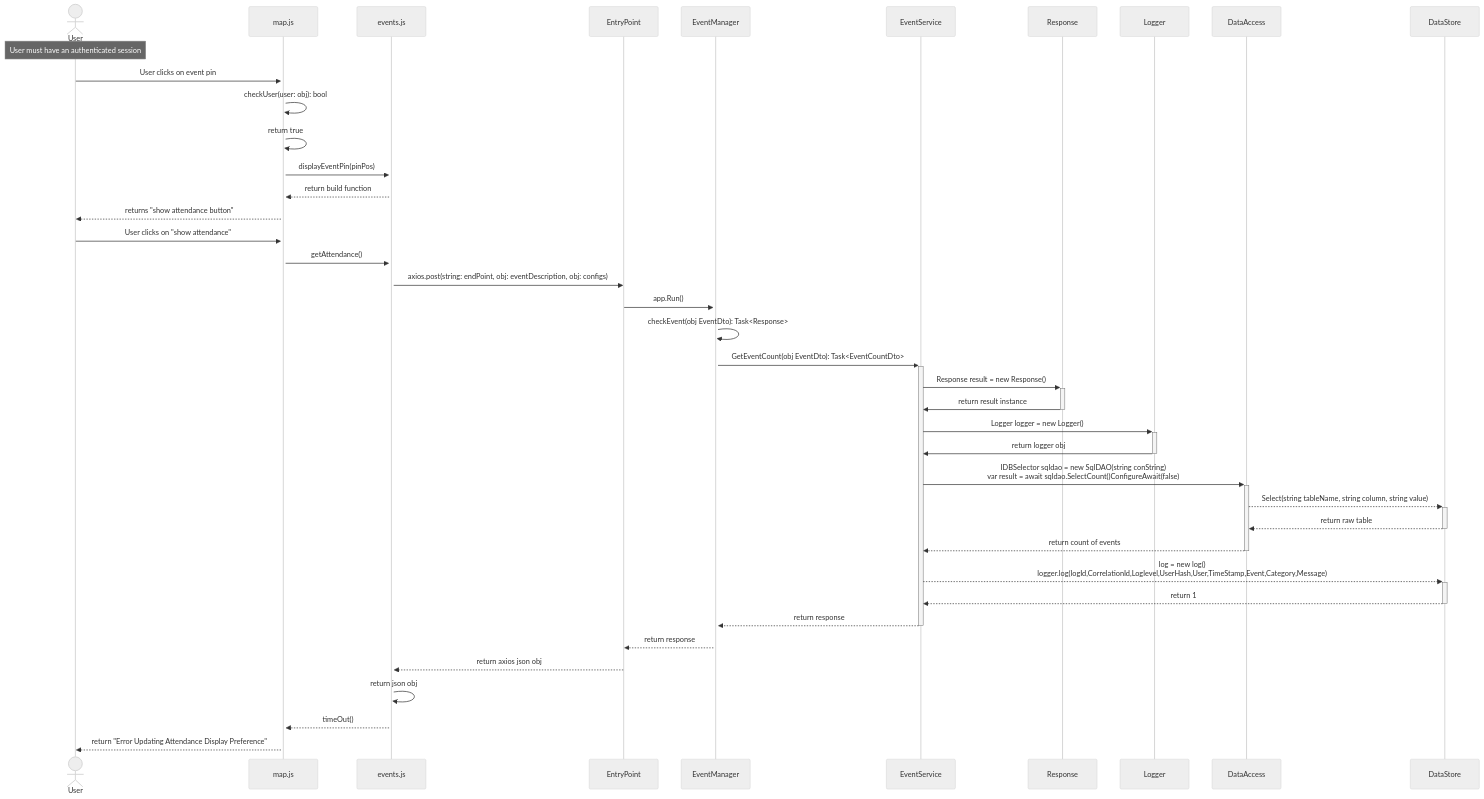
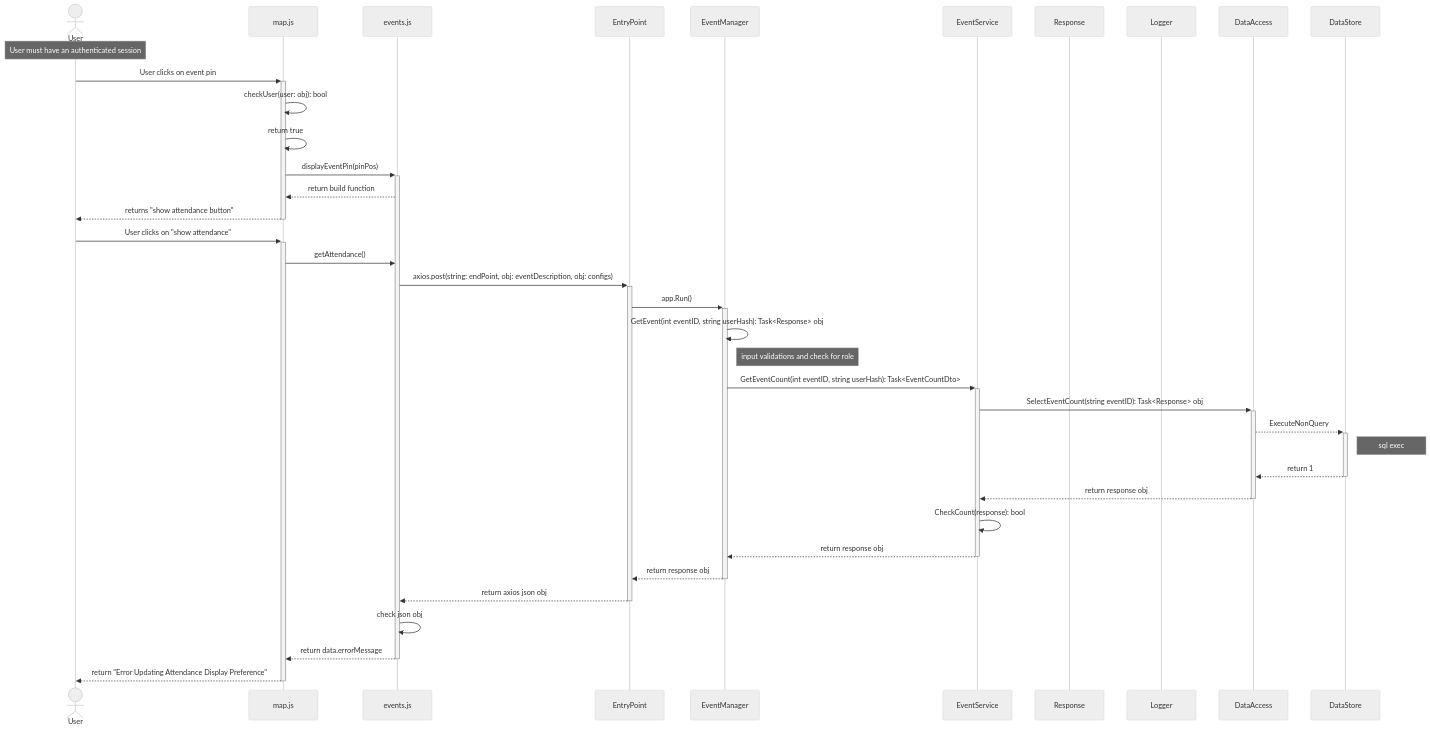
Before and after one commit to JosephArmas/cecs-491A-Team-Big-Data: the diagram in events/failures/event-display-attendance-fail.md, drawn with Mermaid (neutral theme). The commit also changed other lines of this file and 10 other files, not shown here.

````diff
--- a/events/failures/event-display-attendance-fail.md
+++ b/events/failures/event-display-attendance-fail.md
@@ -2,44 +2,41 @@
 ```mermaid
 sequenceDiagram
     actor User
     participant map.js
     participant events.js
     participant EntryPoint
     participant EventManager
     participant EventService
     participant Response
     participant Logger
     participant DataAccess
     participant DataStore
     note over User: User must have an authenticated session
     User->>+map.js: User clicks on event pin
     map.js->>map.js: checkUser(user: obj): bool
     map.js->>map.js: return true
     map.js->>+events.js: displayEventPin(pinPos)
     events.js-->>map.js: return build function  
-    map.js-->>User: returns "show attendance button"
-    User->>map.js: User clicks on "show attendance"
+    map.js-->>-User: returns "show attendance button"
+    User->>+map.js: User clicks on "show attendance"
     map.js->>events.js: getAttendance()
-    events.js->>EntryPoint: axios.post(string: endPoint, obj: eventDescription, obj: configs)
+    events.js->>+EntryPoint: axios.post(string: endPoint, obj: eventDescription, obj: configs)
     EntryPoint->>+EventManager: app.Run()
-    EventManager->>EventManager: checkEvent(obj EventDto): Task<Response> 
-    EventManager->>+EventService: GetEventCount(obj EventDto): Task<EventCountDto>
-    EventService->>+Response: Response result = new Response()
-    Response->>-EventService: return result instance
-    EventService->>+Logger: Logger logger = new Logger()
-    Logger->>-EventService: return logger obj
-    EventService->>+DataAccess: IDBSelector sqldao = new SqlDAO(string conString)<br>var result = await sqldao.SelectCount()ConfigureAwait(false)
-    DataAccess-->>+DataStore: Select(string tableName, string column, string value)
-    DataStore-->>-DataAccess: return raw table
-    DataAccess-->>-EventService: return count of events
-    EventService-->>+DataStore: log = new log()<br> logger.log(logId,CorrelationId,Loglevel,UserHash,User,TimeStamp,Event,Category,Message)
-    DataStore-->>-EventService: return 1
-    EventService-->>-EventManager: return response
-    EventManager-->>EntryPoint: return response
-    EntryPoint-->>events.js: return axios json obj
-    events.js->>events.js: return json obj
-    events.js-->>map.js: timeOut() 
-    map.js-->>User: return "Error Updating Attendance Display Preference"
+    EventManager->>EventManager: GetEvent(int eventID, string userHash): Task<Response> obj
+    note right of EventManager: input validations and check for role
+    EventManager->>+EventService: GetEventCount(int eventID, string userHash): Task<EventCountDto>
+    EventService->>+DataAccess: SelectEventCount(string eventID): Task<Response> obj
+    DataAccess-->>+DataStore: ExecuteNonQuery
+    note right of DataStore: sql exec
+    DataStore-->>-DataAccess: return 1
+    DataAccess-->>-EventService: return response obj
+    EventService->>EventService: CheckCount(response): bool
+    EventService-->>-EventManager: return response obj
+    EventManager-->>-EntryPoint: return response obj
+    EntryPoint-->>-events.js: return axios json obj
+    events.js->>events.js: check json obj
+    events.js-->>-map.js: return data.errorMessage
+    map.js-->>-User: return "Error Updating Attendance Display Preference"
     
 
 ```
````
